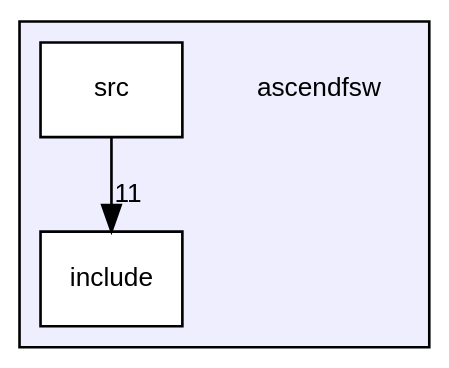
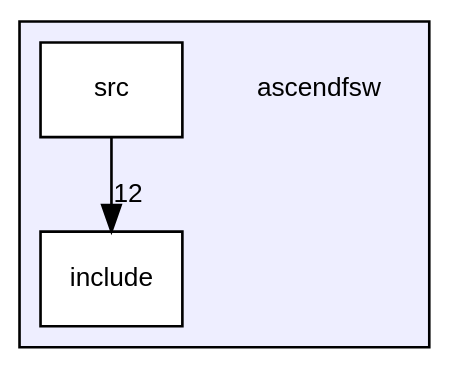
The diagram in docs/dir_ff455c5362987bedc71331f2f73f324a_dep.dot (ASU-ASCEND/Fall-2024), drawn with Graphviz before and after one commit. The commit also changed 89 other files, not shown here.

```diff
--- a/docs/dir_ff455c5362987bedc71331f2f73f324a_dep.dot
+++ b/docs/dir_ff455c5362987bedc71331f2f73f324a_dep.dot
@@ -1,13 +1,13 @@
 digraph "/home/runner/work/Fall-2024/Fall-2024/ascendfsw" {
   bgcolor=transparent;
   compound=true
   node [ fontsize="10", fontname="Helvetica"];
   edge [ labelfontsize="10", labelfontname="Helvetica"];
   subgraph clusterdir_ff455c5362987bedc71331f2f73f324a {
     graph [ bgcolor="#eeeeff", pencolor="black", label="" URL="dir_ff455c5362987bedc71331f2f73f324a.html"];
     dir_ff455c5362987bedc71331f2f73f324a [shape=plaintext label="ascendfsw"];
   dir_598cc9471c9d54adc06440bf1ece3782 [shape=box label="include" fillcolor="white" style="filled" URL="dir_598cc9471c9d54adc06440bf1ece3782.html"];
   dir_d7d498d630d77a78877888d5961eb9e9 [shape=box label="src" fillcolor="white" style="filled" URL="dir_d7d498d630d77a78877888d5961eb9e9.html"];
   }
-  dir_d7d498d630d77a78877888d5961eb9e9->dir_598cc9471c9d54adc06440bf1ece3782 [headlabel="11", labeldistance=1.5 headhref="dir_000002_000001.html"];
+  dir_d7d498d630d77a78877888d5961eb9e9->dir_598cc9471c9d54adc06440bf1ece3782 [headlabel="12", labeldistance=1.5 headhref="dir_000002_000001.html"];
 }
```
